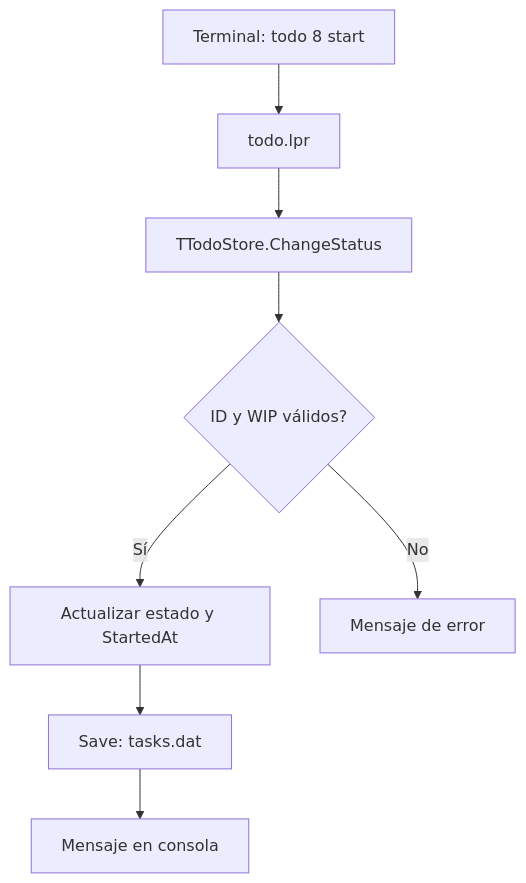
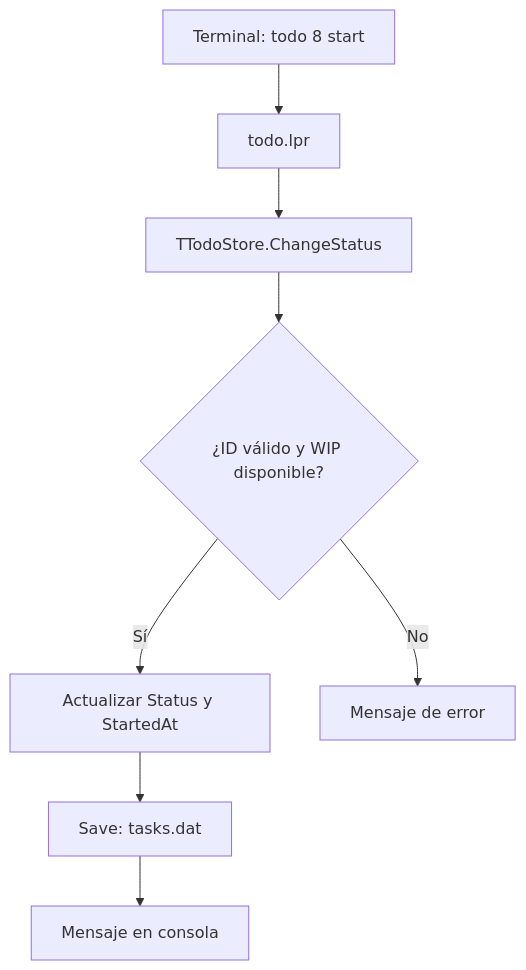
The first of 3 diagrams in docs/INFORME.md (WalexNet/todo_kanban_cli), drawn with Mermaid before and after one commit. The commit also changed other lines of this file and 8 other files, not shown here.

````diff
--- a/docs/INFORME.md
+++ b/docs/INFORME.md
@@ -9,10 +9,10 @@
 ```mermaid
 flowchart TD
-    A[Terminal: todo 8 start] --> B[todo.lpr]
-    B --> C[TTodoStore.ChangeStatus]
-    C --> D{ID y WIP válidos?}
-    D -->|Sí| E[Actualizar estado y StartedAt]
-    E --> F[Save: tasks.dat]
-    F --> G[Mensaje en consola]
-    D -->|No| H[Mensaje de error]
+    A["Terminal: todo 8 start"] --> B["todo.lpr"]
+    B --> C["TTodoStore.ChangeStatus"]
+    C --> D{"¿ID válido y WIP disponible?"}
+    D -->|Sí| E["Actualizar Status y StartedAt"]
+    E --> F["Save: tasks.dat"]
+    F --> G["Mensaje en consola"]
+    D -->|No| H["Mensaje de error"]
 ```
````
